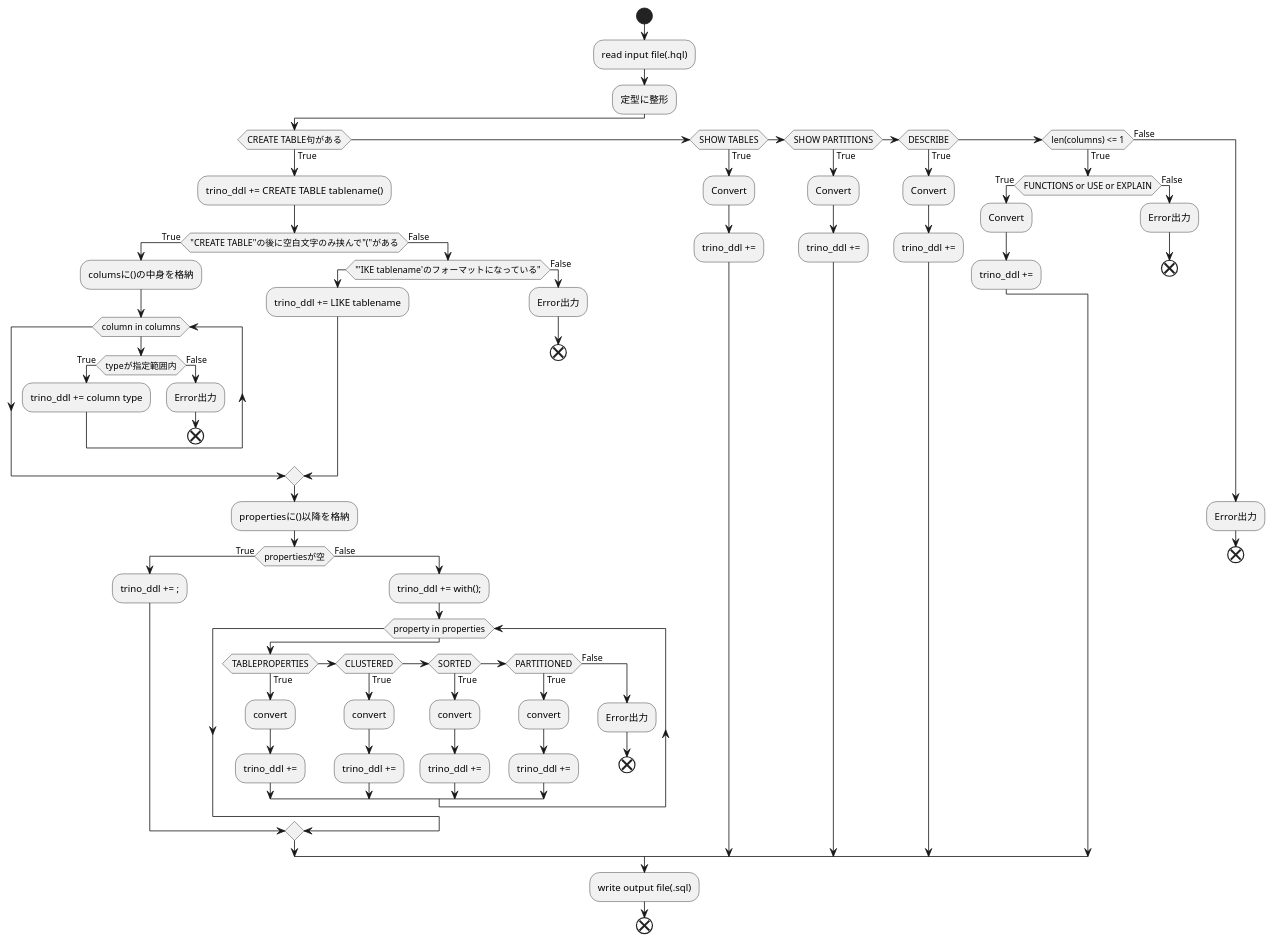
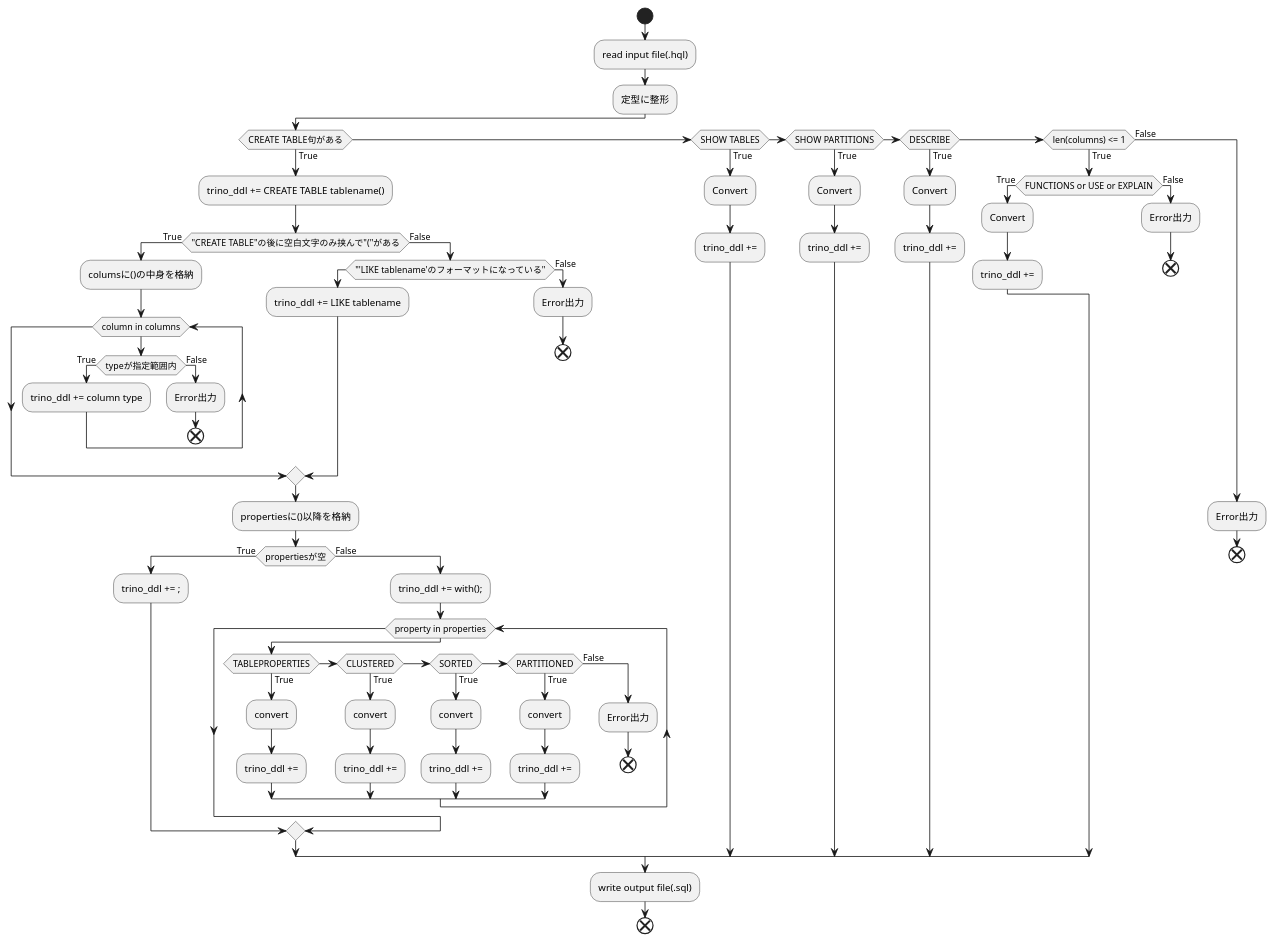
The diagram in UML/converter2.puml (snym-yt/ConvertHiveDDLintoTrinoDDL), drawn with PlantUML before and after one commit. The commit also changed 5 other files, not shown here.

```diff
--- a/UML/converter2.puml
+++ b/UML/converter2.puml
@@ -1,95 +1,95 @@
 @startuml name
 start
     :read input file(.hql);
     :定型に整形;
     if (CREATE TABLE句がある) then (True)
 
         :trino_ddl += CREATE TABLE tablename();
         if ("CREATE TABLE"の後に空白文字のみ挟んで"("がある) then (True)
             :columsに()の中身を格納;
 
             while (column in columns)
 
                 if (typeが指定範囲内) then (True)
                     :trino_ddl += column type; 
                 else (False)
                     :Error出力;
                     end
                 endif  
 
             endwhile
 
         else (False)
-            if ("'IKE tablename'のフォーマットになっている")
+            if ("'LIKE tablename'のフォーマットになっている")
                 :trino_ddl += LIKE tablename;
             else (False)
                 :Error出力;
                 end
             endif
         endif
 
         :propertiesに()以降を格納;
 
         if (propertiesが空) then (True)
             :trino_ddl += ;;
 
         else (False)
 
             :trino_ddl += with();;
 
             while (property in properties)
 
                 if (TABLEPROPERTIES) then (True)
                     :convert;
                     :trino_ddl +=;
                 elseif (CLUSTERED) then (True)
                     :convert;
                     :trino_ddl +=;
                 elseif (SORTED) then (True)
                     :convert;
                     :trino_ddl +=;
                 elseif (PARTITIONED) then (True)
                     :convert;
                     :trino_ddl +=;
                 else (False)
                     :Error出力;
                     end
                 endif
 
             endwhile
         endif
 
 
 
     elseif (SHOW TABLES) then (True)
         :Convert;
         :trino_ddl +=;
 
     elseif (SHOW PARTITIONS) then (True)
         :Convert;
         :trino_ddl +=;
 
     elseif (DESCRIBE) then (True)
         :Convert;
         :trino_ddl +=;
 
     elseif (len(columns) <= 1) then (True)
         if (FUNCTIONS or USE or EXPLAIN) then (True)
             :Convert;
             :trino_ddl +=;
         else (False)
             :Error出力;
         end
         endif
 
     else (False)
         :Error出力;
         end
 
     endif
 
     :write output file(.sql);
 
 
 end
 @enduml
```
